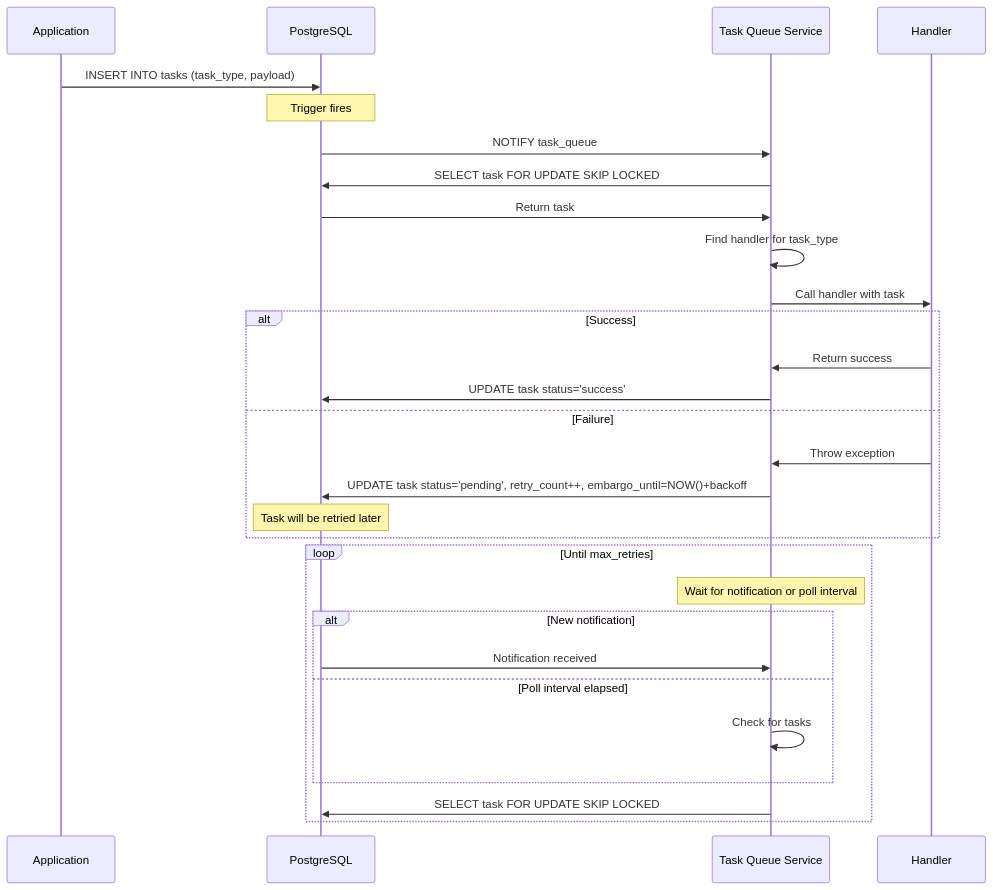
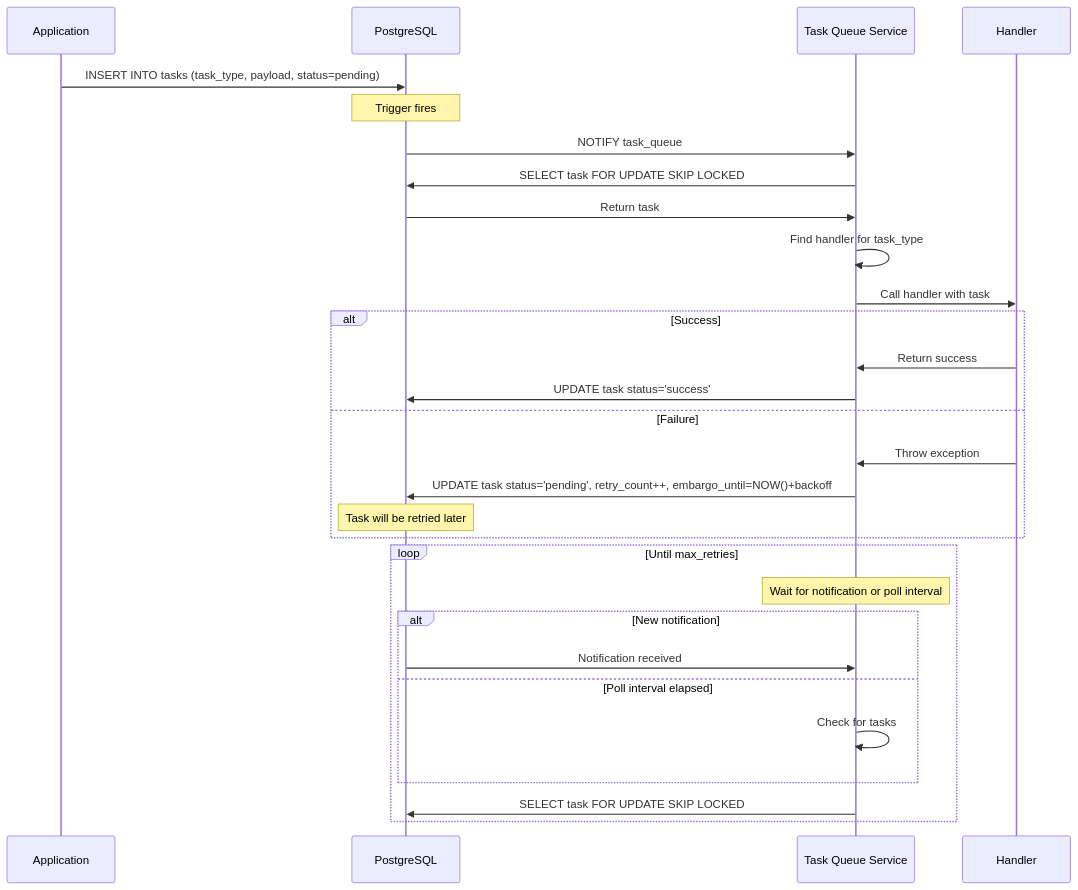
One commit to agency-fund/evidential-be changed the first of 2 diagrams in docs/TASK-QUEUES.md. Above: the diagram before and after it, drawn with Mermaid.

Commit message:
Add status=pending to TASK-QUEUES.md diagram.

````diff
--- a/docs/TASK-QUEUES.md
+++ b/docs/TASK-QUEUES.md
@@ -41,32 +41,32 @@
 ```mermaid
 sequenceDiagram
     participant App as Application
     participant DB as PostgreSQL
     participant TQ as Task Queue Service
     participant EH as Handler
-    App ->> DB: INSERT INTO tasks (task_type, payload)
+    App ->> DB: INSERT INTO tasks (task_type, payload, status=pending)
     Note over DB: Trigger fires
     DB ->> TQ: NOTIFY task_queue
     TQ ->> DB: SELECT task FOR UPDATE SKIP LOCKED
     DB ->> TQ: Return task
     TQ ->> TQ: Find handler for task_type
     TQ ->> EH: Call handler with task
     alt Success
         EH ->> TQ: Return success
         TQ ->> DB: UPDATE task status='success'
     else Failure
         EH ->> TQ: Throw exception
         TQ ->> DB: UPDATE task status='pending', retry_count++, embargo_until=NOW()+backoff
         Note over DB: Task will be retried later
     end
 
     loop Until max_retries
         Note over TQ: Wait for notification or poll interval
         alt New notification
             DB ->> TQ: Notification received
         else Poll interval elapsed
             TQ ->> TQ: Check for tasks
         end
         TQ ->> DB: SELECT task FOR UPDATE SKIP LOCKED
     end
 ```
````
